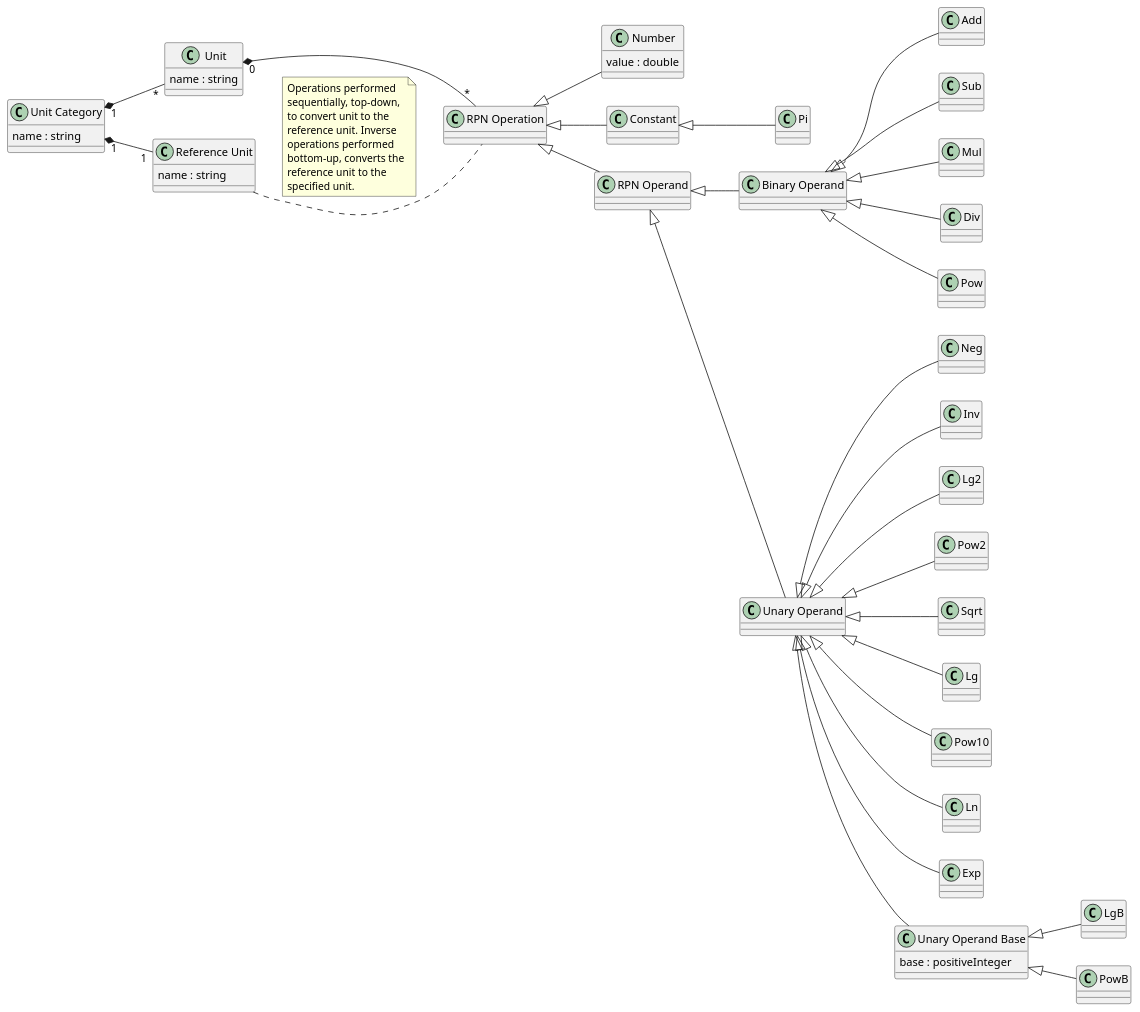
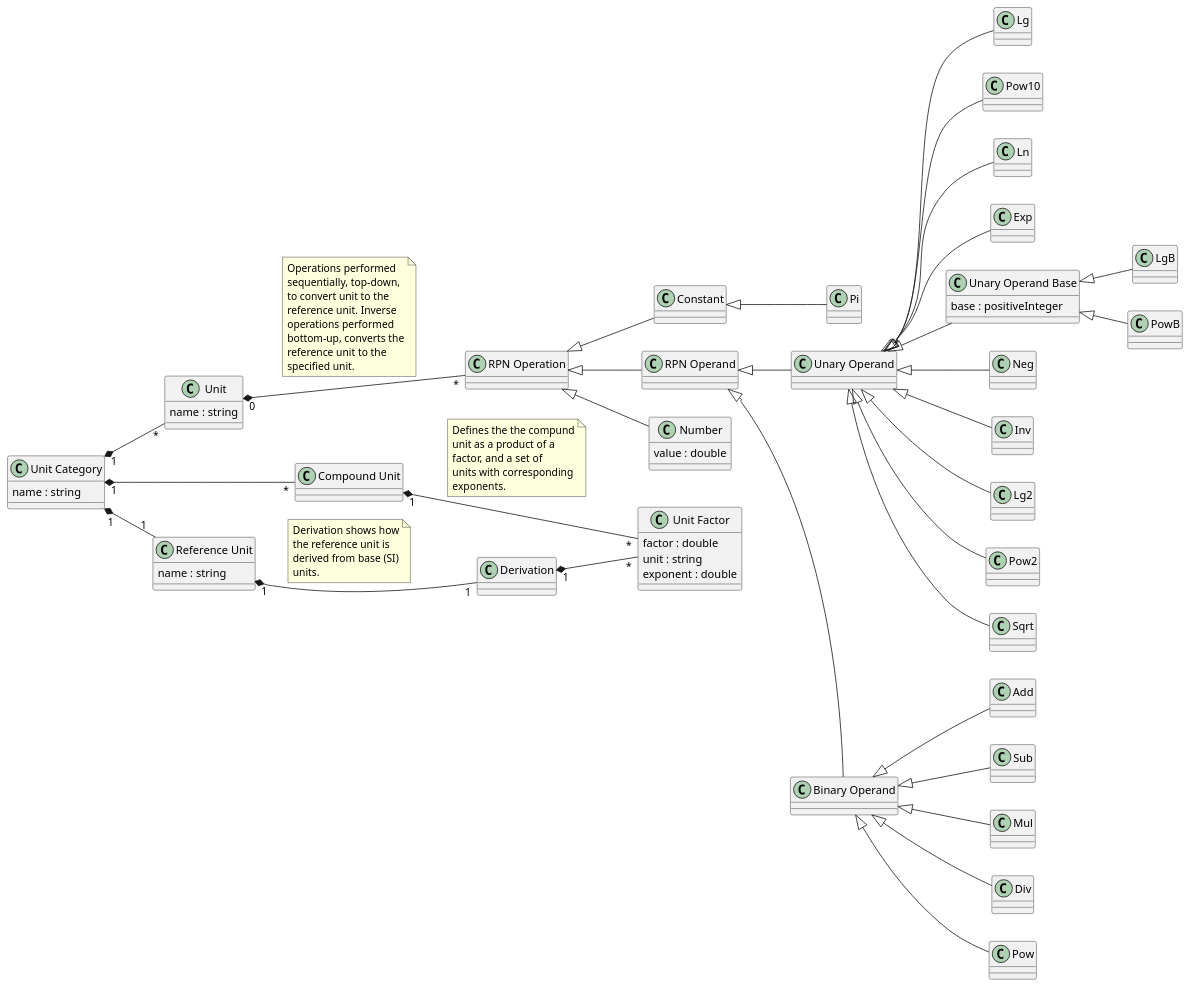
One commit to Neuro-Foundation/neuro-foundation.io changed the diagram in Root/neuro-foundation.io/Units.md. Above: the diagram before and after it, drawn with PlantUML.

Commit message:
Updating Units diagram

````diff
--- a/Root/neuro-foundation.io/Units.md
+++ b/Root/neuro-foundation.io/Units.md
@@ -52,53 +52,76 @@
 ```uml:Conceptual model
 @startuml
 left to right direction
+"Unit Category" "1" *-- "1" "Reference Unit"
 "Unit Category" "1" *-- "*" Unit
+"Unit Category" "1" *-- "*" "Compound Unit"
 "Unit Category" : name : string
-"Unit Category" "1" *-- "1" "Reference Unit"
 
 Unit : name : string
 "Reference Unit" : name : string
+"Reference Unit" "1" *-- "1" "Derivation"
+note on link
+	Derivation shows how
+	the reference unit is
+	derived from base (SI)
+	units.
+end note
+
+
+"Derivation" "1" *-- "*" "Unit Factor"
+
+"Unit Factor" : factor : double
+"Unit Factor" : unit : string
+"Unit Factor" : exponent : double
+
+"Compound Unit" "1" *-- "*" "Unit Factor"
+note on link
+	Defines the the compund
+	unit as a product of a
+	factor, and a set of
+	units with corresponding
+	exponents.
+end note
 
 Unit "0" *-- "*" "RPN Operation"
-"Reference Unit" .. "RPN Operation"
 note on link
 	Operations performed 
 	sequentially, top-down,
 	to convert unit to the
 	reference unit. Inverse
 	operations performed 
 	bottom-up, converts the
 	reference unit to the
 	specified unit.
 end note
 
 "RPN Operation" <|-- Number
 Number : value : double
 "RPN Operation" <|-- Constant
 Constant <|-- Pi
 
 "RPN Operation" <|-- "RPN Operand"
 "RPN Operand" <|-- "Binary Operand"
 "RPN Operand" <|-- "Unary Operand"
 
 "Unary Operand" <|-- Neg
 "Unary Operand" <|-- Inv
 "Unary Operand" <|-- Lg2
 "Unary Operand" <|-- Pow2
 "Unary Operand" <|-- Sqrt
 "Unary Operand" <|-- Lg
 "Unary Operand" <|-- Pow10
 "Unary Operand" <|-- Ln
 "Unary Operand" <|-- Exp
 "Unary Operand" <|-- "Unary Operand Base"
 "Unary Operand Base" <|-- LgB
 "Unary Operand Base" <|-- PowB
 "Unary Operand Base" : base : positiveInteger
 
 "Binary Operand" <|-- Add
 "Binary Operand" <|-- Sub
 "Binary Operand" <|-- Mul
 "Binary Operand" <|-- Div
 "Binary Operand" <|-- Pow
 @enduml
 ```
````
